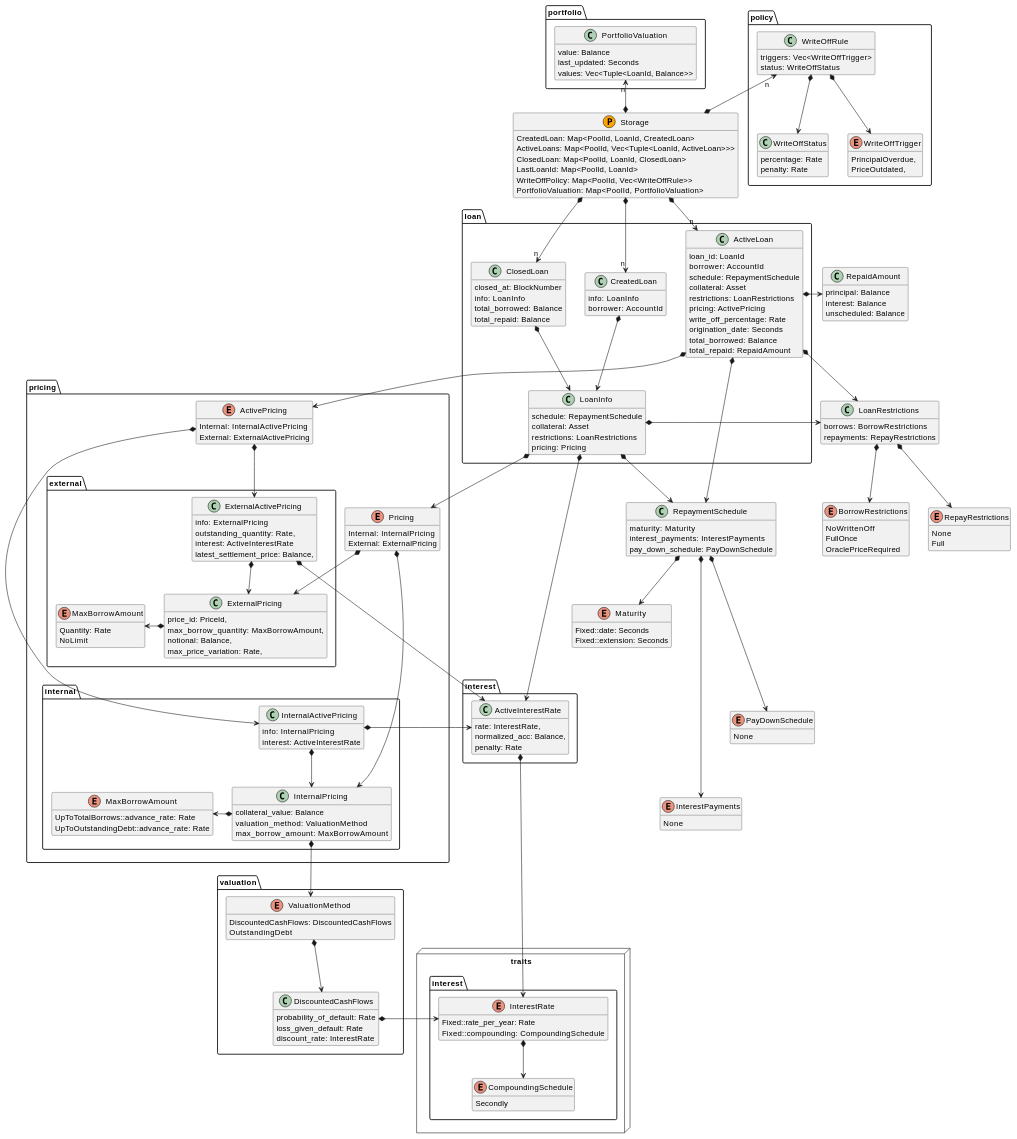
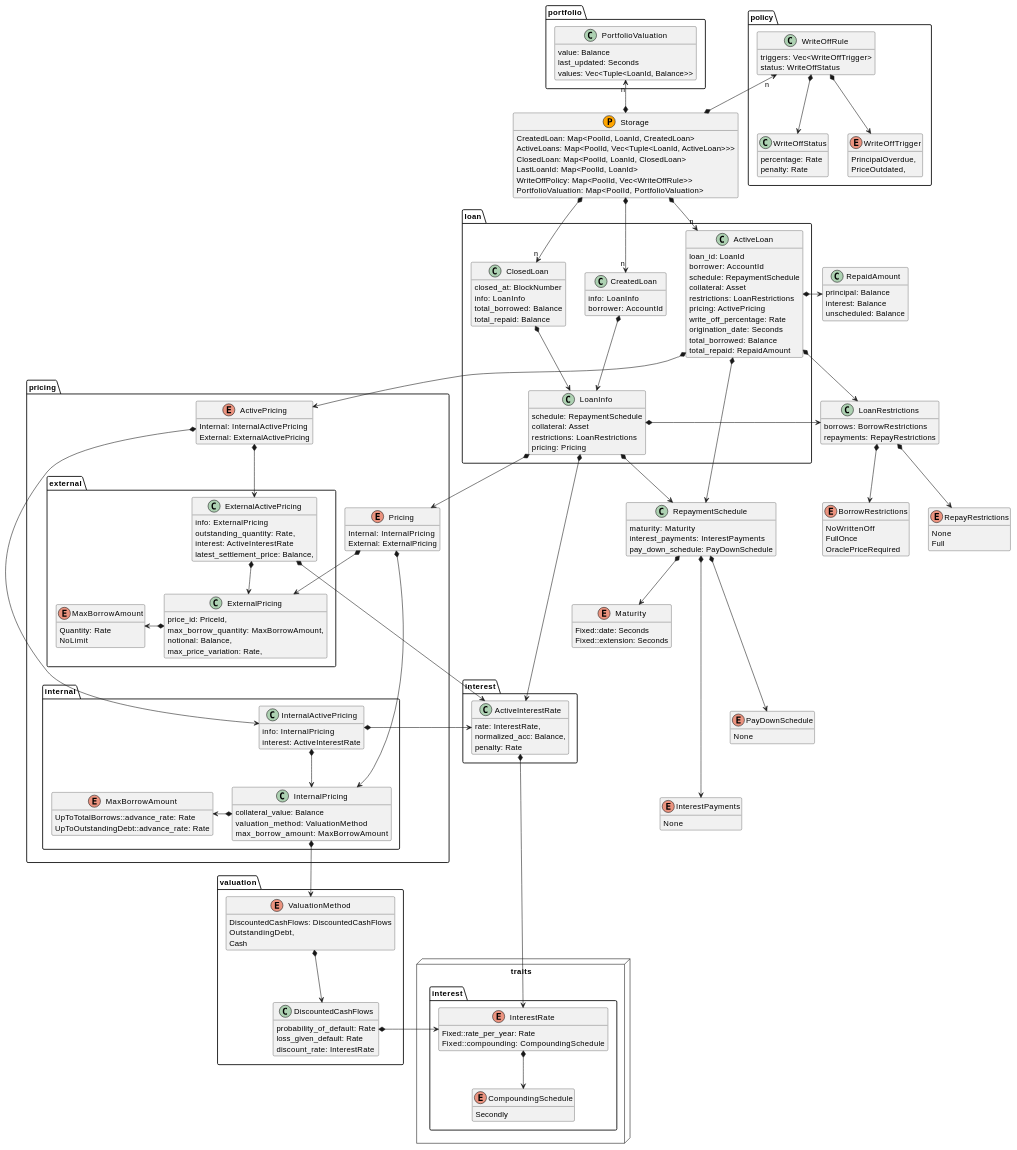
The diagram in pallets/loans/docs/types.md (centrifuge/centrifuge-chain), drawn with PlantUML before and after one commit. The commit also changed 3 other files, not shown here.

```diff
--- a/pallets/loans/docs/types.md
+++ b/pallets/loans/docs/types.md
@@ -86,7 +86,8 @@
 
     enum ValuationMethod {
         DiscountedCashFlows: DiscountedCashFlows
-        OutstandingDebt
+        OutstandingDebt,
+        Cash
     }
 
     ValuationMethod *--> DiscountedCashFlows
```
